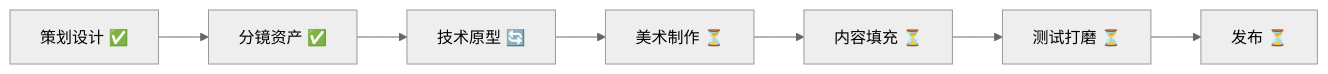
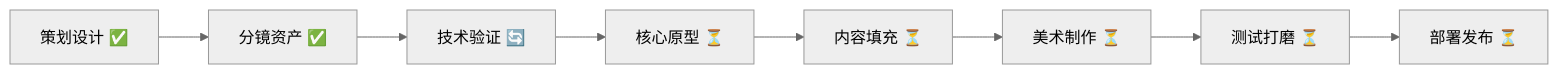
The diagram in README.md (AvrovaDonz2026/KeepSilentForMe), drawn with Mermaid (neutral theme) before and after one commit. The commit also changed other lines of this file and 2 other files, not shown here.

````diff
--- a/README.md
+++ b/README.md
@@ -268,9 +335,10 @@
 ```mermaid
 graph LR
     A[策划设计 ✅] --> B[分镜资产 ✅]
-    B --> C[技术原型 🔄]
-    C --> D[美术制作 ⏳]
+    B --> C[技术验证 🔄]
+    C --> D[核心原型 ⏳]
     D --> E[内容填充 ⏳]
-    E --> F[测试打磨 ⏳]
-    F --> G[发布 ⏳]
+    E --> F[美术制作 ⏳]
+    F --> G[测试打磨 ⏳]
+    G --> H[部署发布 ⏳]
 ```
````
